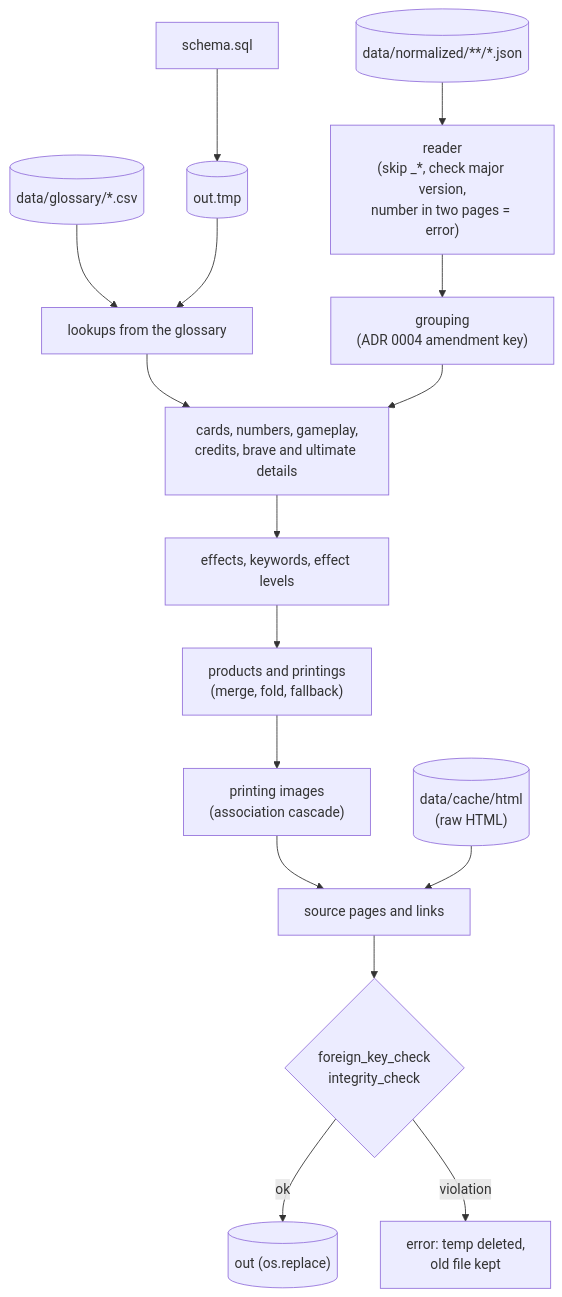
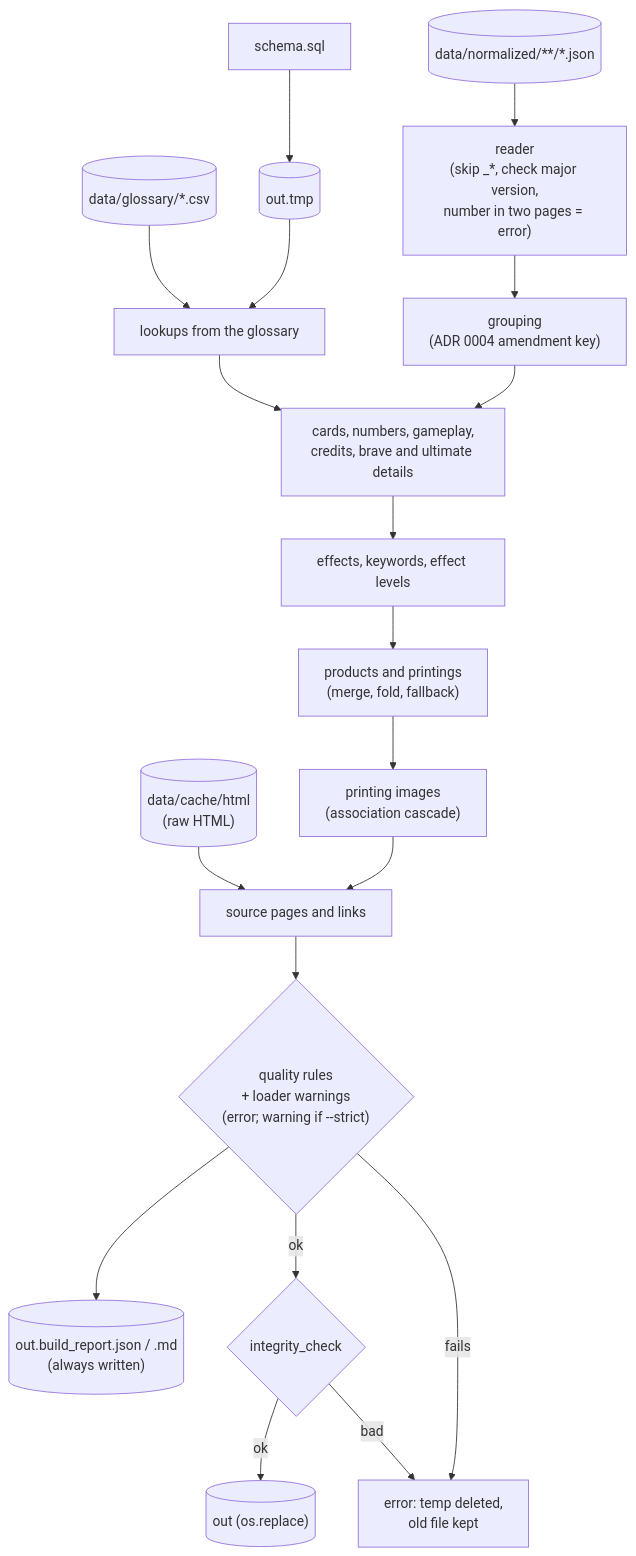
The diagram in docs/architecture/build.md (AleFire99/BS_Database), drawn with Mermaid before and after one commit. The commit also changed other lines of this file and 5 other files, not shown here.

First line of the commit message:
docs(build): document the build report and the quality rules

````diff
--- a/docs/architecture/build.md
+++ b/docs/architecture/build.md
@@ -17,28 +19,33 @@
 ```mermaid
 flowchart TD
     NJ[("data/normalized/**/*.json")]
     GL[("data/glossary/*.csv")]
     RAW[("data/cache/html<br/>(raw HTML)")]
     READ["reader<br/>(skip _*, check major version,<br/>number in two pages = error)"]
     GROUP["grouping<br/>(ADR 0004 amendment key)"]
     TMP[("out.tmp")]
     DDL["schema.sql"]
     LOOK["lookups from the glossary"]
     CARDS["cards, numbers, gameplay,<br/>credits, brave and ultimate details"]
     EFF["effects, keywords, effect levels"]
     PROD["products and printings<br/>(merge, fold, fallback)"]
     IMG["printing images<br/>(association cascade)"]
     SRC["source pages and links"]
-    CHECK{"foreign_key_check<br/>integrity_check"}
+    QUALITY{"quality rules<br/>+ loader warnings<br/>(error; warning if --strict)"}
+    REPORT[("out.build_report.json / .md<br/>(always written)")]
+    CHECK{"integrity_check"}
     OUT[("out (os.replace)")]
     FAIL["error: temp deleted,<br/>old file kept"]
 
     NJ --> READ --> GROUP
     DDL --> TMP
     GL --> LOOK
-    TMP --> LOOK --> CARDS --> EFF --> PROD --> IMG --> SRC --> CHECK
+    TMP --> LOOK --> CARDS --> EFF --> PROD --> IMG --> SRC --> QUALITY
     GROUP --> CARDS
     RAW --> SRC
+    QUALITY --> REPORT
+    QUALITY -- ok --> CHECK
+    QUALITY -- fails --> FAIL
     CHECK -- ok --> OUT
-    CHECK -- violation --> FAIL
+    CHECK -- bad --> FAIL
 ```
````
